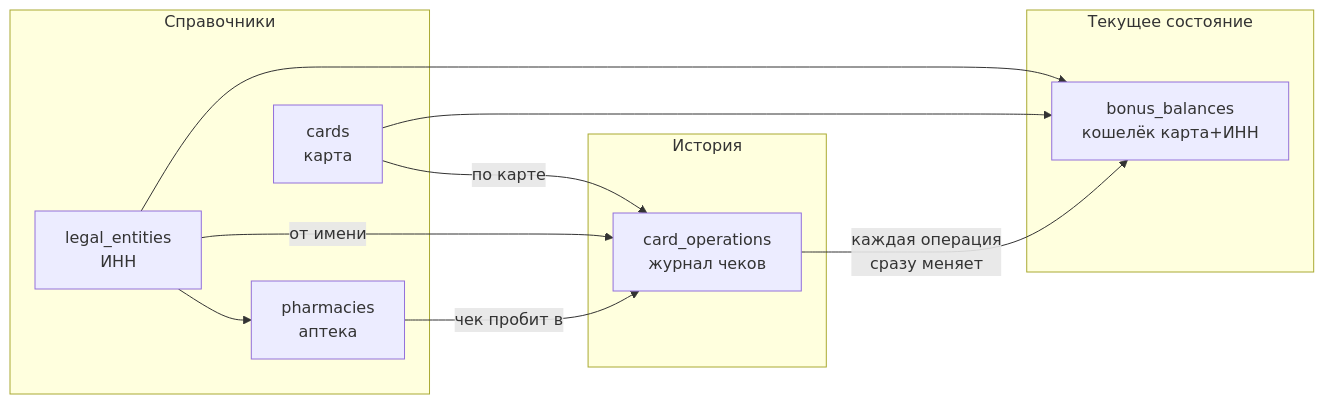
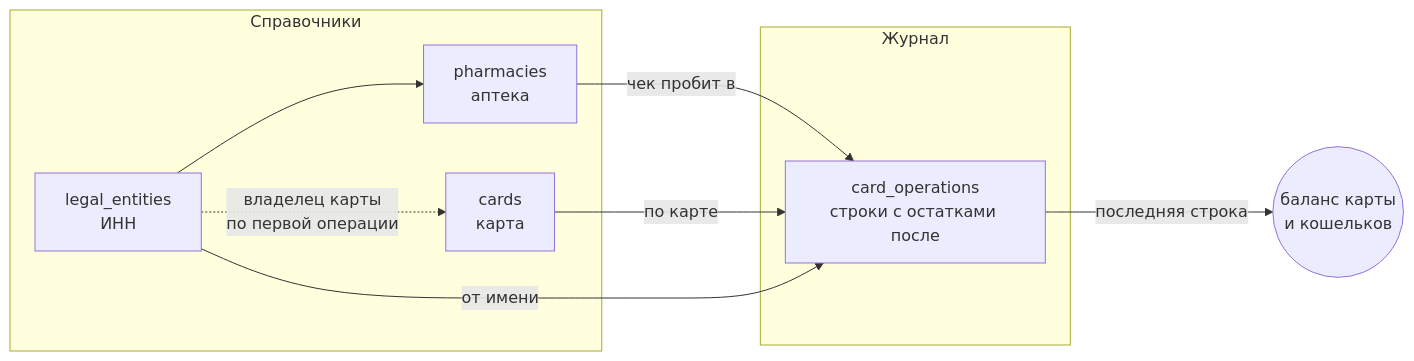
The second of 2 diagrams in docs/15-shema-bazy-dannyh.md (maltcevrg/apteka_api), drawn with Mermaid before and after one commit. The commit also changed other lines of this file and 7 other files, not shown here.

````diff
--- a/docs/15-shema-bazy-dannyh.md
+++ b/docs/15-shema-bazy-dannyh.md
@@ -150,22 +142,18 @@
 ```mermaid
 flowchart LR
     subgraph Справочники
         LE[legal_entities<br/>ИНН]
         PH[pharmacies<br/>аптека]
         C[cards<br/>карта]
     end
-    subgraph Текущее состояние
-        BB[bonus_balances<br/>кошелёк карта+ИНН]
-    end
-    subgraph История
-        OP[card_operations<br/>журнал чеков]
+    subgraph Журнал
+        OP[card_operations<br/>строки с остатками после]
     end
 
     LE --> PH
     PH -->|чек пробит в| OP
     C -->|по карте| OP
     LE -->|от имени| OP
-    OP -->|каждая операция<br/>сразу меняет| BB
-    C --> BB
-    LE --> BB
+    LE -.->|владелец карты<br/>по первой операции| C
+    OP -->|последняя строка| BAL((баланс карты<br/>и кошельков))
 ```
````
